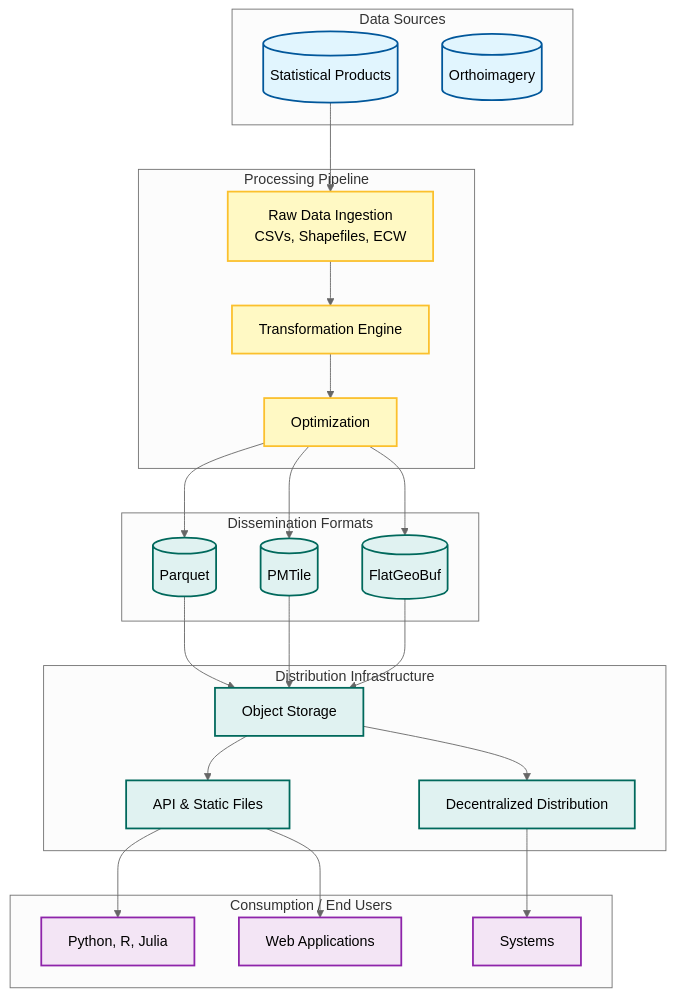
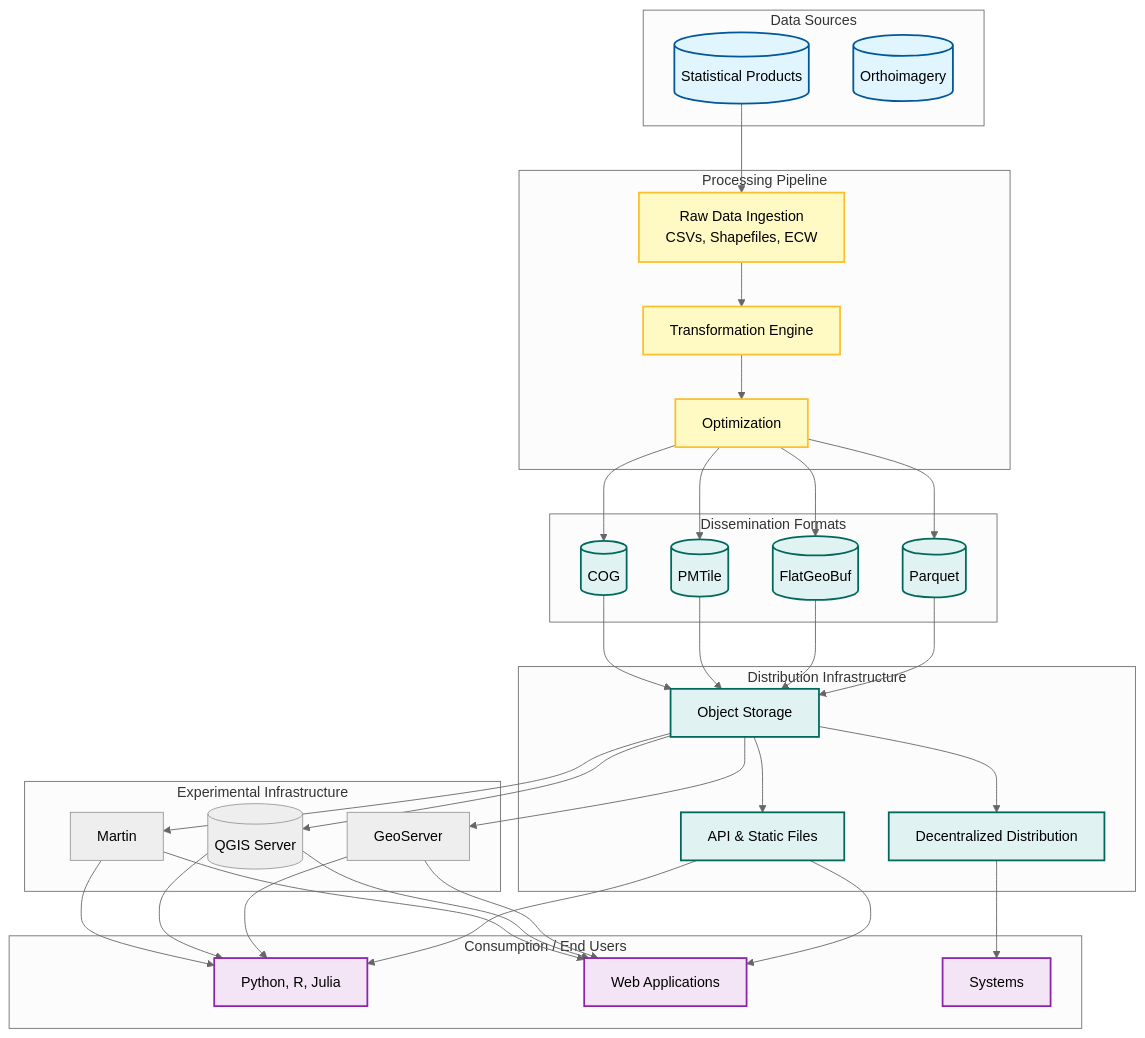
The diagram in content/_index.md (dataforcanada/www.dataforcanada.org), drawn with Mermaid (neutral theme) before and after one commit.

Commit message:
Updated homepage high-level overview diagram, simplified things and added more detail

````diff
--- a/content/_index.md
+++ b/content/_index.md
@@ -23,61 +23,82 @@
 ```mermaid
 flowchart TD
     %% Define Styles
     classDef source fill:#e1f5fe,stroke:#01579b,stroke-width:2px
     classDef process fill:#fff9c4,stroke:#fbc02d,stroke-width:2px
     classDef storage fill:#e0f2f1,stroke:#00695c,stroke-width:2px
     classDef consumer fill:#f3e5f5,stroke:#8e24aa,stroke-width:2px
 
     subgraph "Data Sources"
         StatProducts[("Statistical Products")]:::source
         Orthoimagery[("Orthoimagery")]:::source
     end
 
     subgraph "Processing Pipeline"
         Raw[Raw Data Ingestion<br/>CSVs, Shapefiles, ECW]:::process
         Transform[Transformation Engine]:::process
         Opt[Optimization]:::process
     end
 
     subgraph "Dissemination Formats"
         Parquet[("Parquet")]:::storage
+        FlatGeoBuf[("FlatGeoBuf")]:::storage
         PMTiles[("PMTile")]:::storage
-        FlatGeoBuf[("FlatGeoBuf")]:::storage
+        COG[("COG")]:::storage
     end
 
     subgraph "Distribution Infrastructure"
         ObjectStorage[Object Storage]:::storage
         DecentralizedDistribution[Decentralized Distribution]:::storage
         Serverless[API & Static Files]:::storage
+    end
+
+    subgraph "Experimental Infrastructure"
+        GeoServer
+        QGISServer[("QGIS Server")]
+        Martin
     end
 
     subgraph "Consumption / End Users"
         DataSci[DuckDB, Python, QGIS, Jupyter]:::consumer
         WebApps[Web Applications]:::consumer
         DataSci[Python, R, Julia]:::consumer
         Systems[Systems]:::consumer
     end
 
     %% Relationships
     StatProducts --> Raw
     Raw --> Transform
     Transform --> Opt
     Opt --> Parquet
+    Opt --> FlatGeoBuf
     Opt --> PMTiles
-    Opt --> FlatGeoBuf
+    Opt --> COG
     Parquet --> ObjectStorage
+    FlatGeoBuf --> ObjectStorage
     PMTiles --> ObjectStorage
-    FlatGeoBuf --> ObjectStorage
+    COG --> ObjectStorage
     ObjectStorage --> DecentralizedDistribution
     ObjectStorage --> Serverless
     DecentralizedDistribution --> Systems
     Serverless --> WebApps
     Serverless --> DataSci
+    ObjectStorage --> GeoServer
+    ObjectStorage --> QGISServer
+    ObjectStorage --> Martin
+    GeoServer --> WebApps
+    QGISServer --> WebApps
+    Martin --> WebApps
+    GeoServer --> DataSci
+    QGISServer --> DataSci
+    Martin --> DataSci
 
     click Parquet "https://github.com/apache/parquet-format" _blank
     click FlatGeoBuf "https://flatgeobuf.org" _blank
     click PMTiles "https://github.com/protomaps/PMTiles/blob/main/spec/v3/spec.md" _blank
     click StatProducts "https://www.dataforcanada.org/docs/processes/statistical_products/" _blank
     click Orthoimagery "https://www.dataforcanada.org/docs/processes/orthoimagery/" _blank
     click DecentralizedDistribution "https://www.dataforcanada.org/docs/dissemination/" _blank
+    click Martin "https://martin.maplibre.org/" _blank
+    click GeoServer "https://geoserver.org/" _blank
+    click COG "https://cogeo.org/" _blank
 ```
````
